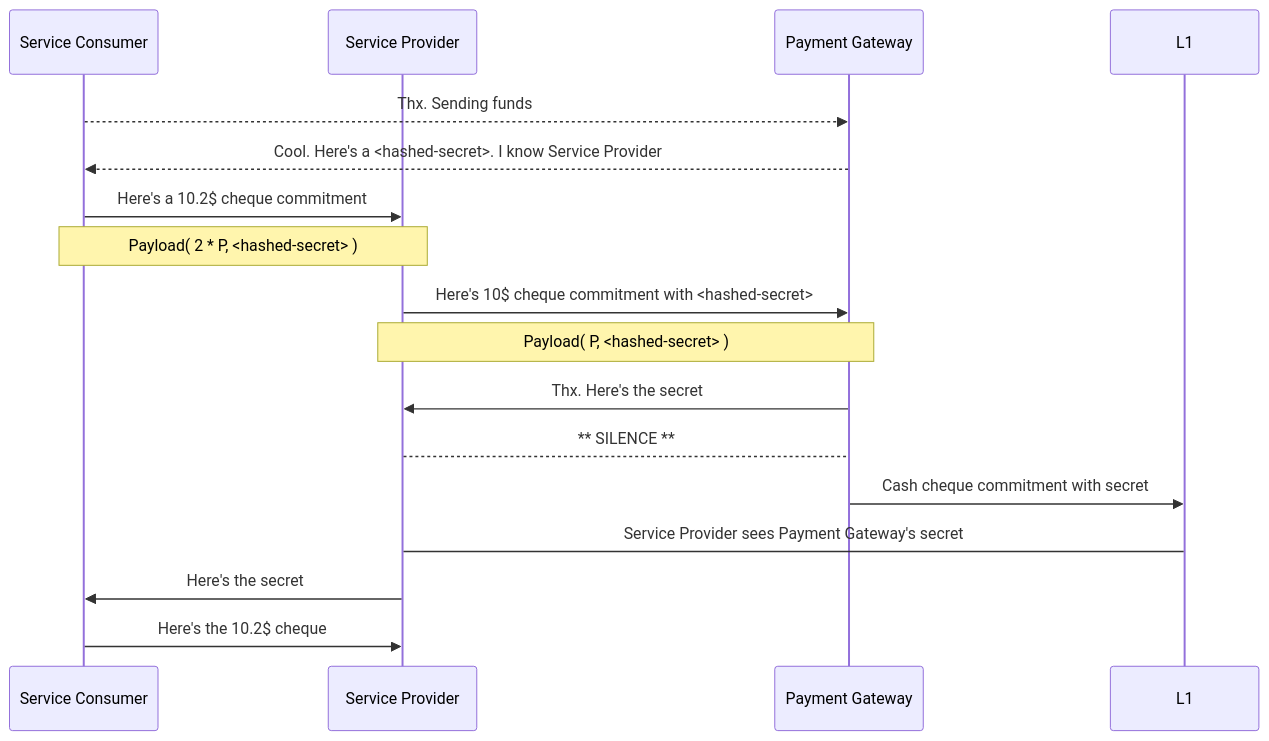
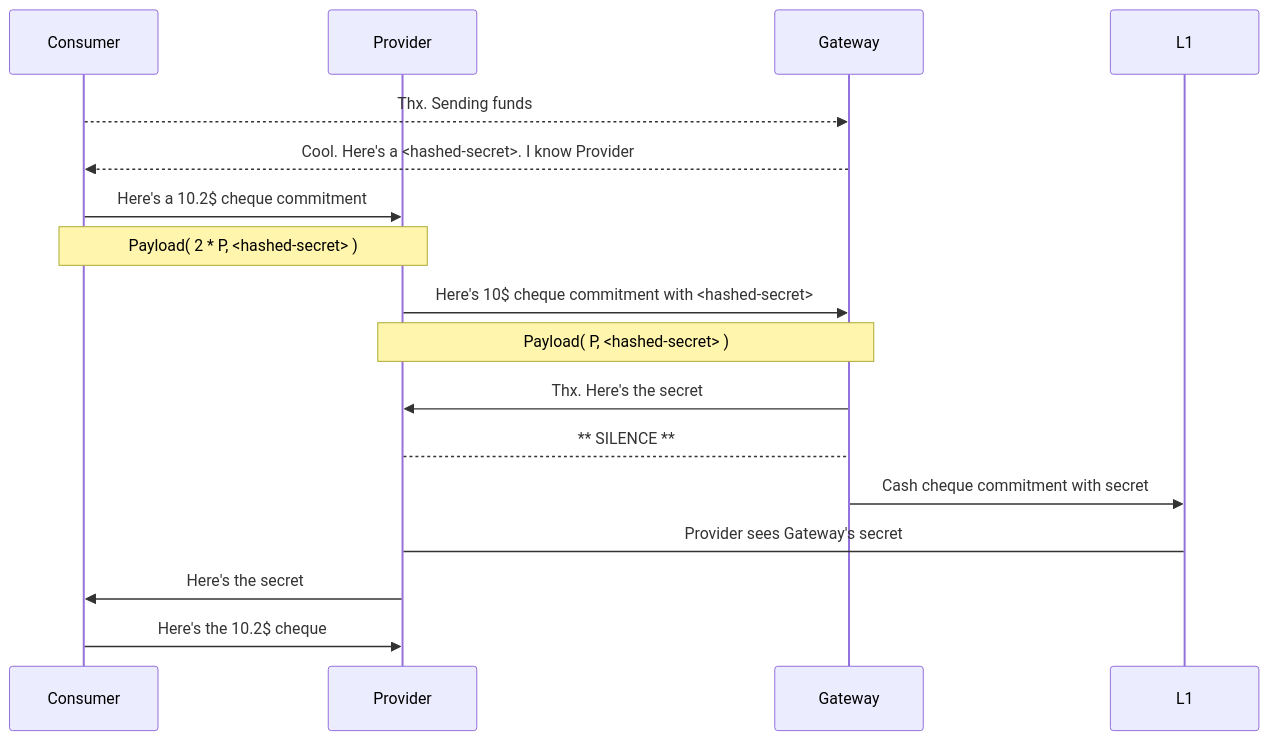
The fourth of 4 diagrams in docs/design-notes.md (colll78/cardano-lightning), drawn with Mermaid before and after one commit. The commit also changed other lines of this file, not shown here.

````diff
--- a/docs/design-notes.md
+++ b/docs/design-notes.md
@@ -140,19 +140,19 @@
 ```mermaid
  sequenceDiagram
-  participant Service Consumer
-  participant Service Provider
-  participant Payment Gateway
+  participant Consumer
+  participant Provider
+  participant Gateway
 
-  Service Consumer-->>Payment Gateway: Thx. Sending funds
-  Payment Gateway-->>Service Consumer: Cool. Here's a <hashed-secret>. I know Service Provider
-  Service Consumer->>Service Provider: Here's a 10.2$ cheque commitment
-  Note over Service Consumer,Service Provider: Payload( 2 * P, <hashed-secret> )
-  Service Provider->>Payment Gateway: Here's 10$ cheque commitment with <hashed-secret>
-  Note over Service Provider,Payment Gateway: Payload( P, <hashed-secret> )
-  Payment Gateway->>Service Provider: Thx. Here's the secret
-  Service Provider-->Payment Gateway: ** SILENCE **
-  Payment Gateway->>L1: Cash cheque commitment with secret
-  Service Provider->L1: Service Provider sees Payment Gateway's secret
-  Service Provider->>Service Consumer: Here's the secret
-  Service Consumer->>Service Provider: Here's the 10.2$ cheque
+  Consumer-->>Gateway: Thx. Sending funds
+  Gateway-->>Consumer: Cool. Here's a <hashed-secret>. I know Provider
+  Consumer->>Provider: Here's a 10.2$ cheque commitment
+  Note over Consumer,Provider: Payload( 2 * P, <hashed-secret> )
+  Provider->>Gateway: Here's 10$ cheque commitment with <hashed-secret>
+  Note over Provider,Gateway: Payload( P, <hashed-secret> )
+  Gateway->>Provider: Thx. Here's the secret
+  Provider-->Gateway: ** SILENCE **
+  Gateway->>L1: Cash cheque commitment with secret
+  Provider->L1: Provider sees Gateway's secret
+  Provider->>Consumer: Here's the secret
+  Consumer->>Provider: Here's the 10.2$ cheque
 ```
````
